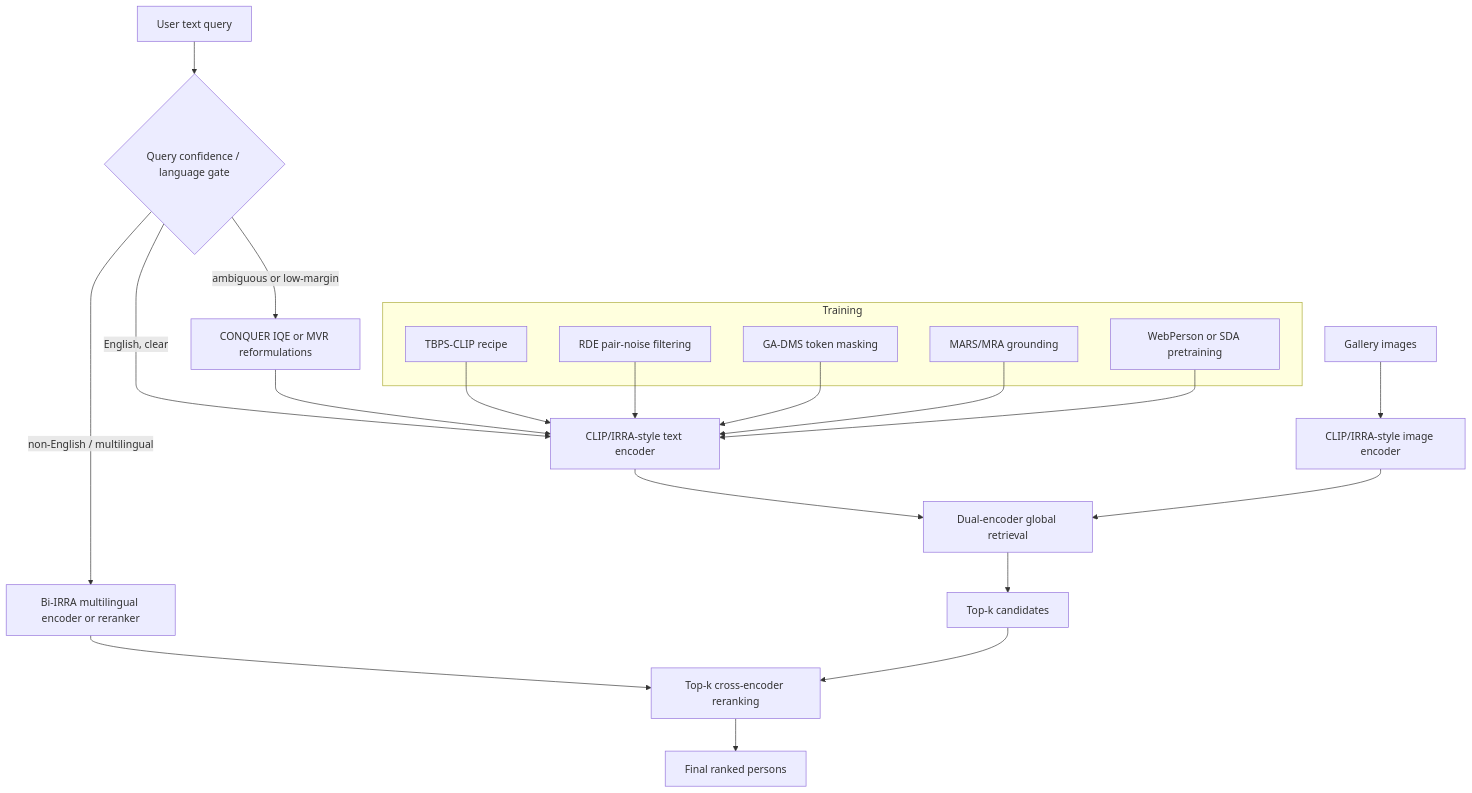
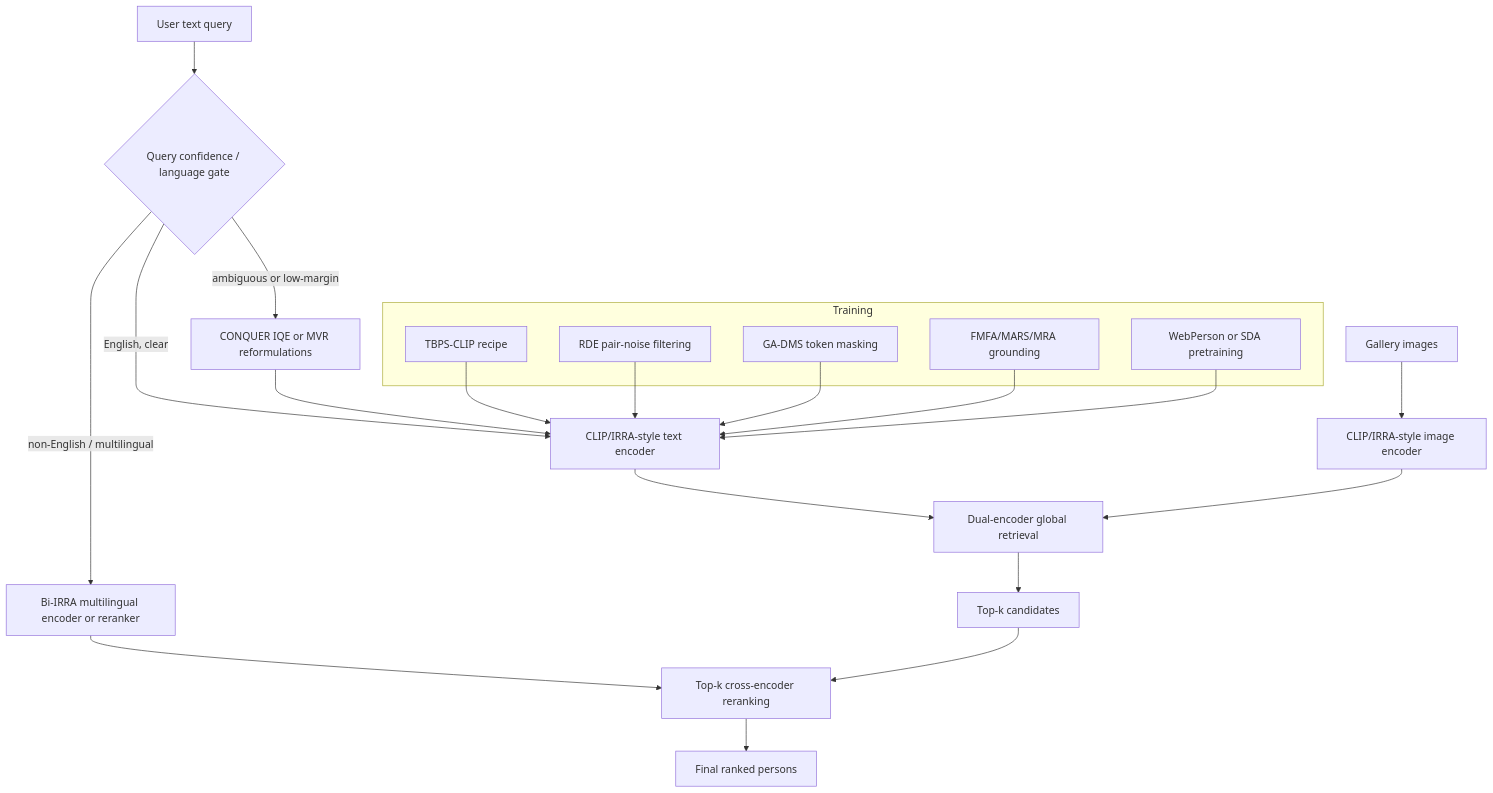
The diagram in outputs/answers/tbps-method-synthesis-and-hybrid-recommendation.md (hiennguyen9874/llm-wiki), drawn with Mermaid before and after one commit. The commit also changed other lines of this file and 1 other file, not shown here.

Commit message:
feat: incorporate FMFA method into TBPS hybrid recommendation synthesis and update documentation logs.

````diff
--- a/outputs/answers/tbps-method-synthesis-and-hybrid-recommendation.md
+++ b/outputs/answers/tbps-method-synthesis-and-hybrid-recommendation.md
@@ -108,28 +113,28 @@
 ```mermaid
 graph TD
     Q[User text query] --> QC{Query confidence / language gate}
     QC -->|English, clear| E[CLIP/IRRA-style text encoder]
     QC -->|ambiguous or low-margin| IQE[CONQUER IQE or MVR reformulations]
     QC -->|non-English / multilingual| BI[Bi-IRRA multilingual encoder or reranker]
     IQE --> E
     BI --> RERANK[Top-k cross-encoder reranking]
     E --> RET[Dual-encoder global retrieval]
     IMG[Gallery images] --> V[CLIP/IRRA-style image encoder]
     V --> RET
     RET --> TOPK[Top-k candidates]
     TOPK --> RERANK
     RERANK --> OUT[Final ranked persons]
 
     subgraph Training
       T1[TBPS-CLIP recipe]
       T2[RDE pair-noise filtering]
       T3[GA-DMS token masking]
-      T4[MARS/MRA grounding]
+      T4[FMFA/MARS/MRA grounding]
       T5[WebPerson or SDA pretraining]
     end
     T1 --> E
     T2 --> E
     T3 --> E
     T4 --> E
     T5 --> E
 ```
````
